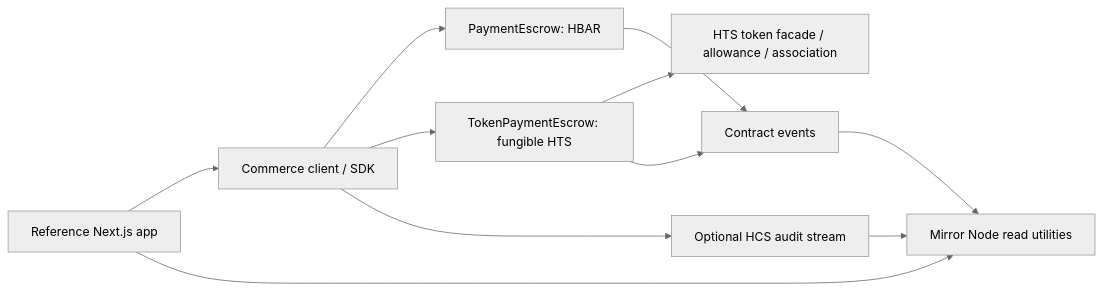
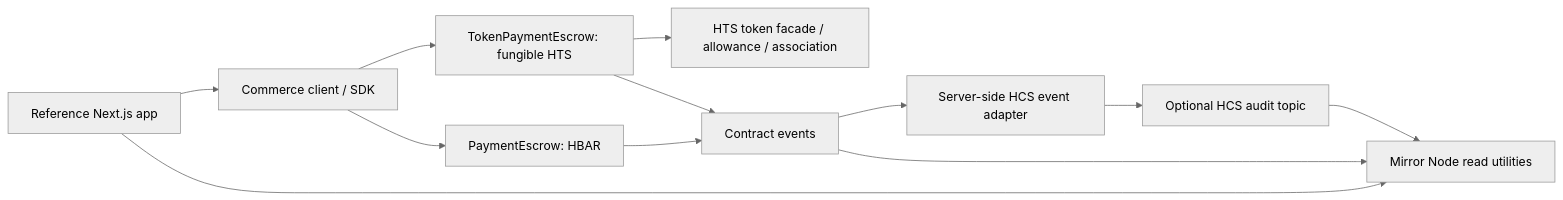
One commit to gethsun1/hedera-commerce-rail changed the first of 2 diagrams in docs/architecture.md. Above: the diagram before and after it, drawn with Mermaid (neutral theme). The commit also changed other lines of this file and 12 other files, not shown here.

Commit message:
feat: add HCS commerce audit trail

````diff
--- a/docs/architecture.md
+++ b/docs/architecture.md
@@ -28,13 +28,14 @@
 ```mermaid
 flowchart LR
   UI[Reference Next.js app] --> SDK[Commerce client / SDK]
   SDK --> HBAR[PaymentEscrow: HBAR]
   SDK --> TOKEN[TokenPaymentEscrow: fungible HTS]
   TOKEN --> HTS[HTS token facade / allowance / association]
   HBAR --> EVMEvents[Contract events]
   TOKEN --> EVMEvents
-  SDK --> HCS[Optional HCS audit stream]
+  EVMEvents --> Adapter[Server-side HCS event adapter]
+  Adapter --> HCS[Optional HCS audit topic]
   UI --> Mirror[Mirror Node read utilities]
   EVMEvents --> Mirror
   HCS --> Mirror
 ```
````
